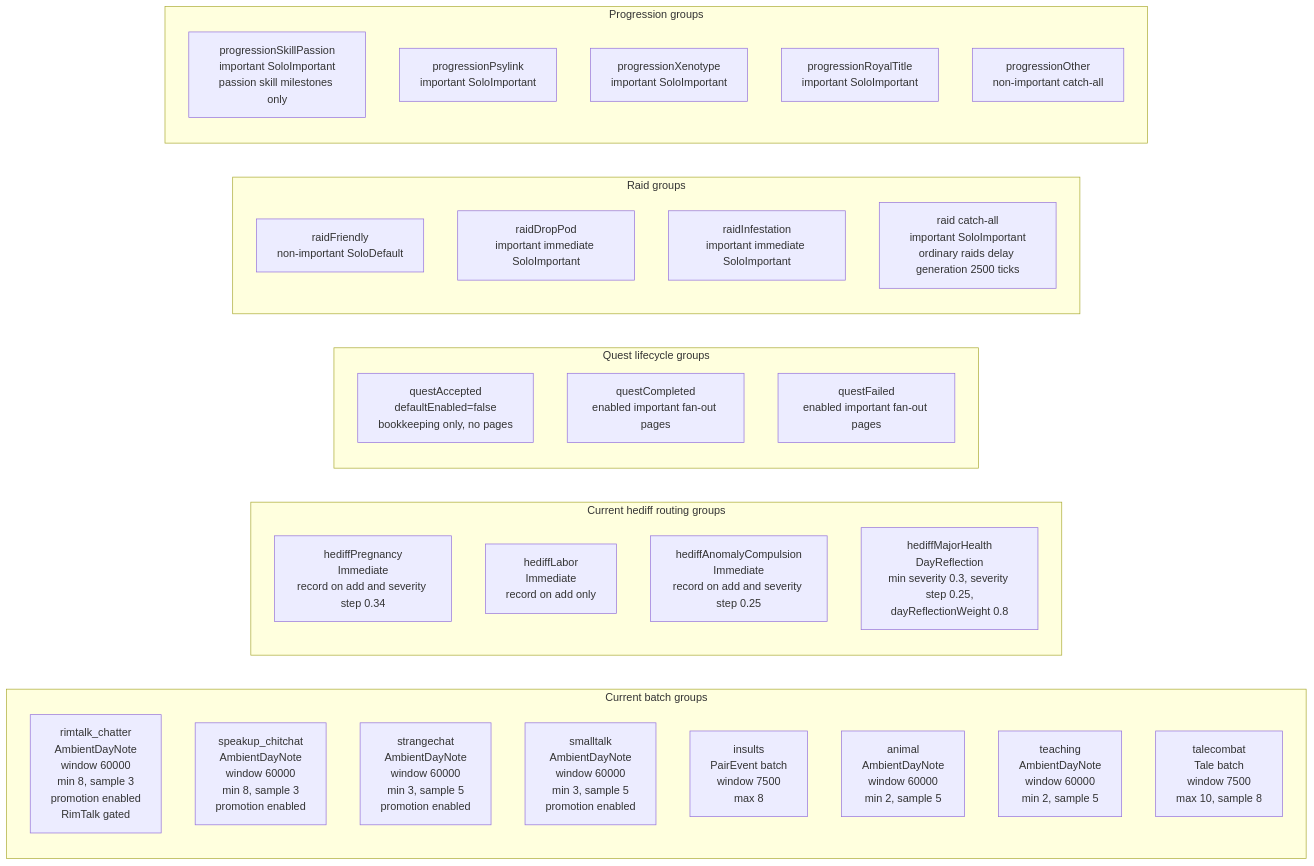
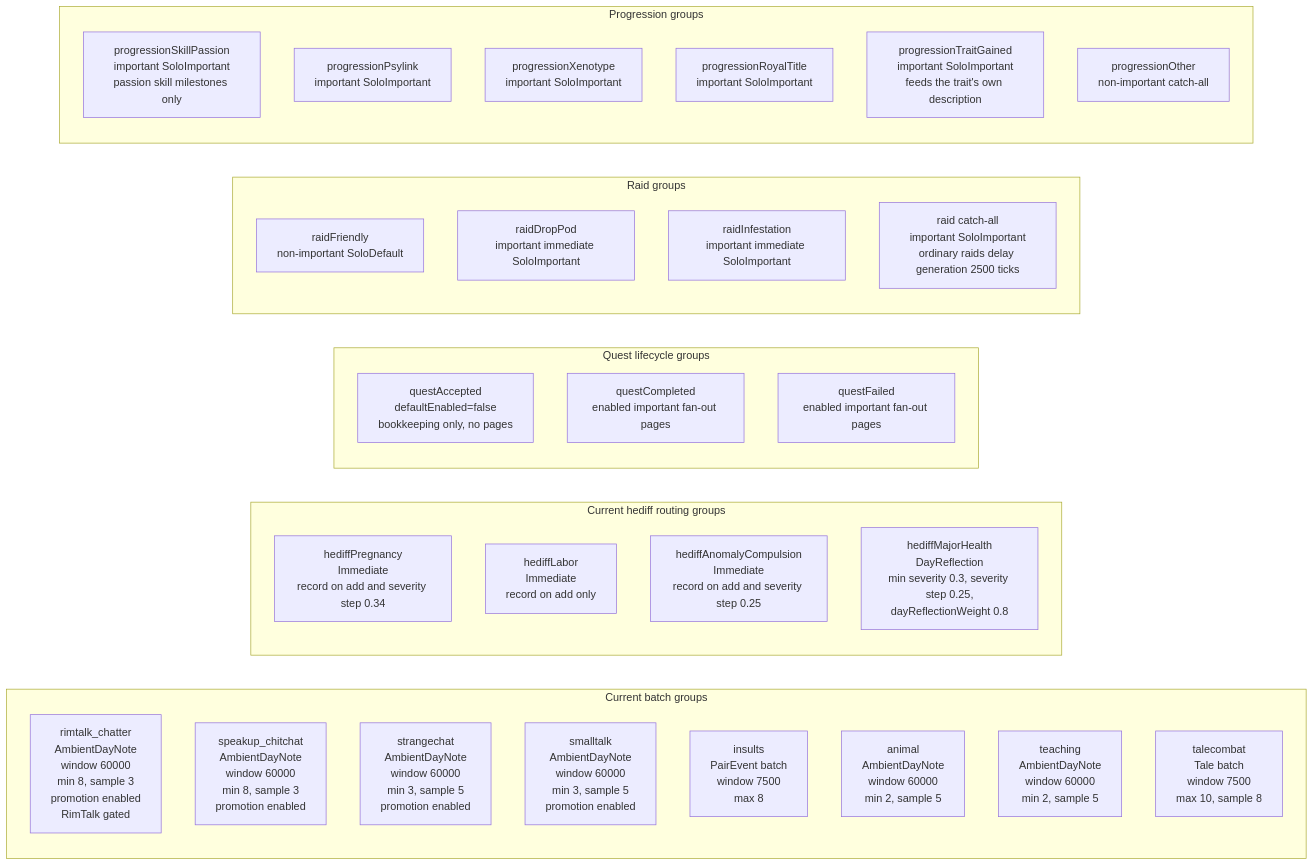
The fourth of 6 diagrams in EVENT_PROMPT_MAP.md (aimmlegate/PawnDiary), drawn with Mermaid before and after one commit. The commit also changed 35 other files, not shown here.

````diff
--- a/EVENT_PROMPT_MAP.md
+++ b/EVENT_PROMPT_MAP.md
@@ -288,41 +288,42 @@
 ```mermaid
 flowchart LR
     subgraph Batches["Current batch groups"]
         BG0["rimtalk_chatter<br/>AmbientDayNote<br/>window 60000<br/>min 8, sample 3<br/>promotion enabled<br/>RimTalk gated"]
         BG1["speakup_chitchat<br/>AmbientDayNote<br/>window 60000<br/>min 8, sample 3<br/>promotion enabled"]
         BG2["strangechat<br/>AmbientDayNote<br/>window 60000<br/>min 3, sample 5<br/>promotion enabled"]
         BG3["smalltalk<br/>AmbientDayNote<br/>window 60000<br/>min 3, sample 5<br/>promotion enabled"]
         BG4["insults<br/>PairEvent batch<br/>window 7500<br/>max 8"]
         BG5["animal<br/>AmbientDayNote<br/>window 60000<br/>min 2, sample 5"]
         BG6["teaching<br/>AmbientDayNote<br/>window 60000<br/>min 2, sample 5"]
         BG7["talecombat<br/>Tale batch<br/>window 7500<br/>max 10, sample 8"]
     end
 
     subgraph HediffGroups["Current hediff routing groups"]
         HG1["hediffPregnancy<br/>Immediate<br/>record on add and severity step 0.34"]
         HG2["hediffLabor<br/>Immediate<br/>record on add only"]
         HG3["hediffAnomalyCompulsion<br/>Immediate<br/>record on add and severity step 0.25"]
         HG4["hediffMajorHealth<br/>DayReflection<br/>min severity 0.3, severity step 0.25,<br/>dayReflectionWeight 0.8"]
     end
 
     subgraph QuestGroups["Quest lifecycle groups"]
         Q1["questAccepted<br/>defaultEnabled=false<br/>bookkeeping only, no pages"]
         Q2["questCompleted<br/>enabled important fan-out pages"]
         Q3["questFailed<br/>enabled important fan-out pages"]
     end
 
     subgraph RaidGroups["Raid groups"]
         R1["raidFriendly<br/>non-important SoloDefault"]
         R2["raidDropPod<br/>important immediate SoloImportant"]
         R3["raidInfestation<br/>important immediate SoloImportant"]
         R4["raid catch-all<br/>important SoloImportant<br/>ordinary raids delay generation 2500 ticks"]
     end
 
     subgraph ProgressionGroups["Progression groups"]
         P1["progressionSkillPassion<br/>important SoloImportant<br/>passion skill milestones only"]
         P2["progressionPsylink<br/>important SoloImportant"]
         P3["progressionXenotype<br/>important SoloImportant"]
         P4["progressionRoyalTitle<br/>important SoloImportant"]
-        P5["progressionOther<br/>non-important catch-all"]
+        P5["progressionTraitGained<br/>important SoloImportant<br/>feeds the trait's own description"]
+        P6["progressionOther<br/>non-important catch-all"]
     end
 ```
````
